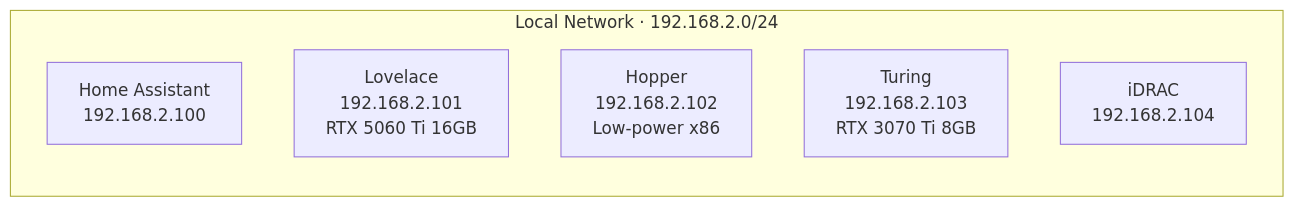
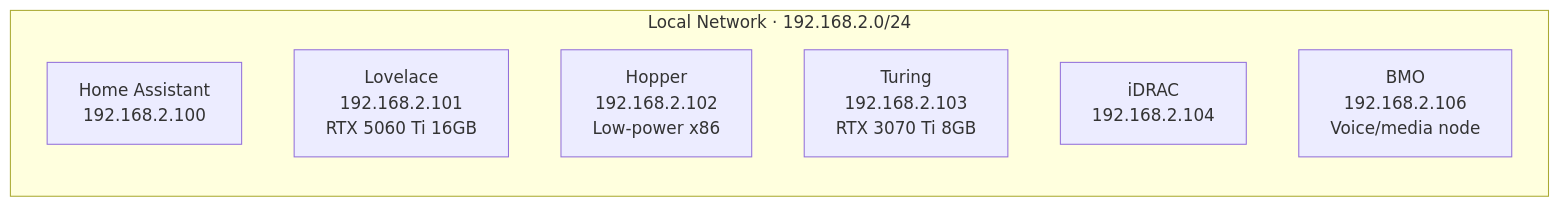
Before and after one commit to Misterobots/Agent_Swarm: the first of 2 diagrams in docs-site/docs/architecture/topology.md, drawn with Mermaid. The commit also changed other lines of this file and 30 other files, not shown here.

````diff
--- a/docs-site/docs/architecture/topology.md
+++ b/docs-site/docs/architecture/topology.md
@@ -21,19 +21,21 @@
 ```mermaid
 
 graph LR
 
     subgraph LAN["Local Network · 192.168.2.0/24"]
 
         HA["Home Assistant<br/>192.168.2.100"]
 
         Exec["Lovelace<br/>192.168.2.101<br/>RTX 5060 Ti 16GB"]
 
         Ctrl["Hopper<br/>192.168.2.102<br/>Low-power x86"]
 
         GW["Turing<br/>192.168.2.103<br/>RTX 3070 Ti 8GB"]
 
         iDRAC["iDRAC<br/>192.168.2.104"]
 
+        BMO["BMO<br/>192.168.2.106<br/>Voice/media node"]
+
     end
 
 ```
````
